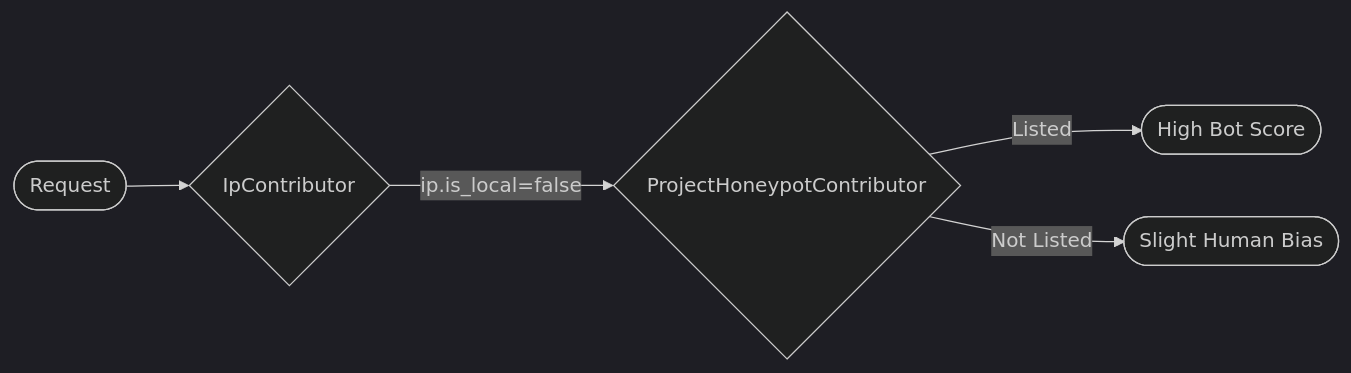
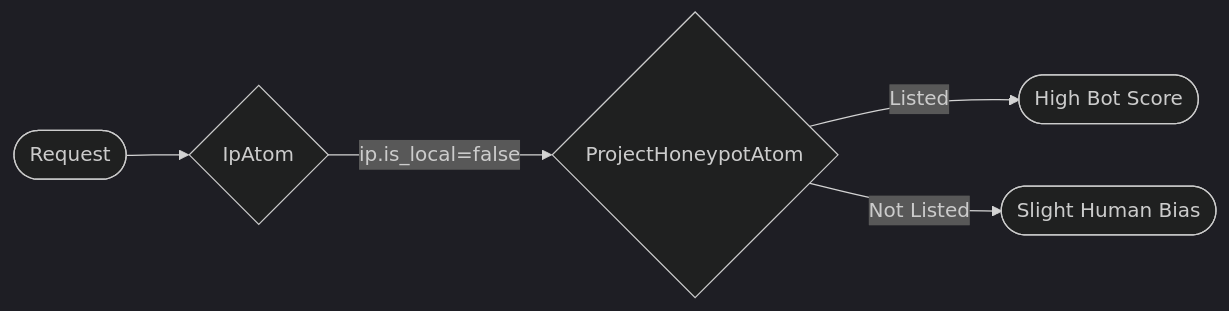
One commit to scottgal/stylobot changed the diagram in src/Mostlylucid.BotDetection/docs/project-honeypot.md. Above: the diagram before and after it, drawn with Mermaid (dark theme). The commit also changed other lines of this file and 53 other files, not shown here.

````diff
--- a/src/Mostlylucid.BotDetection/docs/project-honeypot.md
+++ b/src/Mostlylucid.BotDetection/docs/project-honeypot.md
@@ -17,7 +17,7 @@
 ```mermaid
 flowchart LR
-    Request([Request]) --> IP{IpContributor}
-    IP --> |ip.is_local=false| Honeypot{ProjectHoneypotContributor}
+    Request([Request]) --> IP{IpAtom}
+    IP --> |ip.is_local=false| Honeypot{ProjectHoneypotAtom}
     Honeypot --> |Listed| Bot([High Bot Score])
     Honeypot --> |Not Listed| Continue([Slight Human Bias])
 ```
````
